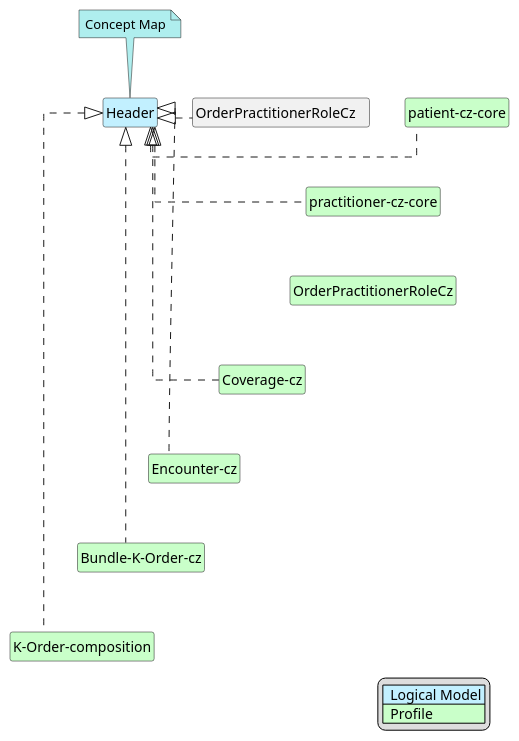
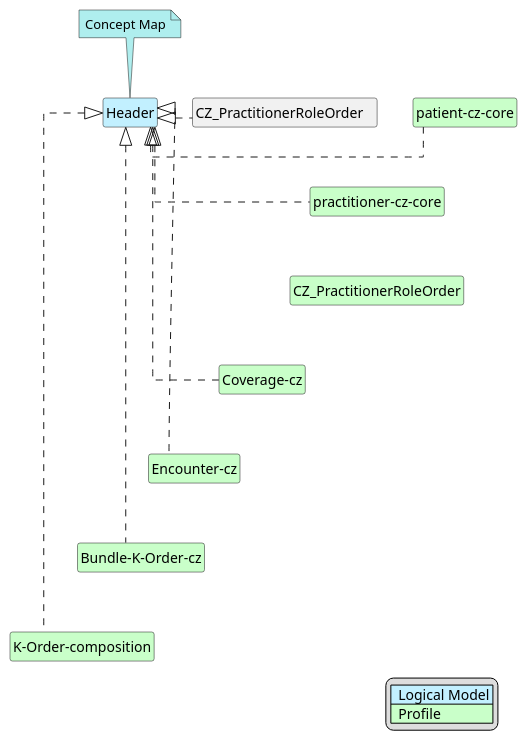
The diagram in input/images-source/Header-map.plantuml (HL7-cz/k-order), drawn with PlantUML before and after one commit. The commit also changed 12 other files, not shown here.

Commit message:
Změna mapování CZ_PractitionerRoleCore u žadatele (autora) na CZ_PractitionerRoleOrder

```diff
--- a/input/images-source/Header-map.plantuml
+++ b/input/images-source/Header-map.plantuml
@@ -1,45 +1,45 @@
 @startuml 
 hide circle
 hide stereotype
 hide members
 hide methods
 skinparam linetype ortho
 skinparam class {
 BackgroundColor<<LogicalModel>> #APPLICATION
 BackgroundColor<<Profile>> #TECHNOLOGY
 }
 legend right
 | <#APPLICATION>  Logical Model |
 | <#TECHNOLOGY>  Profile |
 endlegend
 class "Header" <<LogicalModel>> [[StructureDefinition-LogCzHeaderKOrderCz.html]]
 note top #PaleTurquoise [[ConceptMap-KOrderHeader2FHIRcz-cz.html]]
 Concept Map
 endnote
 class "patient-cz-core" <<Profile>> [[https://hl7.cz/fhir/core/StructureDefinition/cz-patient-core.html]]
 "Header" <|. "patient-cz-core"
 
 class "practitioner-cz-core" <<Profile>> [[https://hl7.cz/fhir/core/StructureDefinition/cz-practitioner-core.html]]
 "Header" <|. "practitioner-cz-core"
 "patient-cz-core" -d[hidden]-> "practitioner-cz-core"
 
-class "OrderPractitionerRoleCz" <<Profile>> [[StructureDefinition-OrderPractitionerRoleCz.html]]
-"Header" <|. "OrderPractitionerRoleCz   "
-"practitioner-cz-core" -d[hidden]-> "OrderPractitionerRoleCz"
+class "CZ_PractitionerRoleOrder" <<Profile>> [[StructureDefinition-CZ_PractitionerRoleOrder.html]]
+"Header" <|. "CZ_PractitionerRoleOrder   "
+"practitioner-cz-core" -d[hidden]-> "CZ_PractitionerRoleOrder"
 
 class "Coverage-cz" <<Profile>> [[https://build.fhir.org/ig/HL7-cz/cz-core/StructureDefinition-cz-coverage.html]]
 "Header" <|. "Coverage-cz"
-"OrderPractitionerRoleCz" -d[hidden]-> "Coverage-cz"
+"CZ_PractitionerRoleOrder" -d[hidden]-> "Coverage-cz"
 
 class "Encounter-cz" <<Profile>> [[https://build.fhir.org/ig/HL7-cz/cz-core/StructureDefinition-cz-encounter.html]]
 "Header" <|. "Encounter-cz"
 "Coverage-cz" -d[hidden]-> "Encounter-cz"
 
 class "Bundle-K-Order-cz" <<Profile>> [[StructureDefinition-BundleKOrderCz.html]]
 "Header" <|. "Bundle-K-Order-cz"
 "Encounter-cz" -d[hidden]-> "Bundle-K-Order-cz" 
 
 class "K-Order-composition" <<Profile>> [[StructureDefinition-KOrderCompositionCz.html]]
 "Header" <|. "K-Order-composition"
 "Bundle-K-Order-cz" -d[hidden]-> "K-Order-composition" 
 @enduml
```
